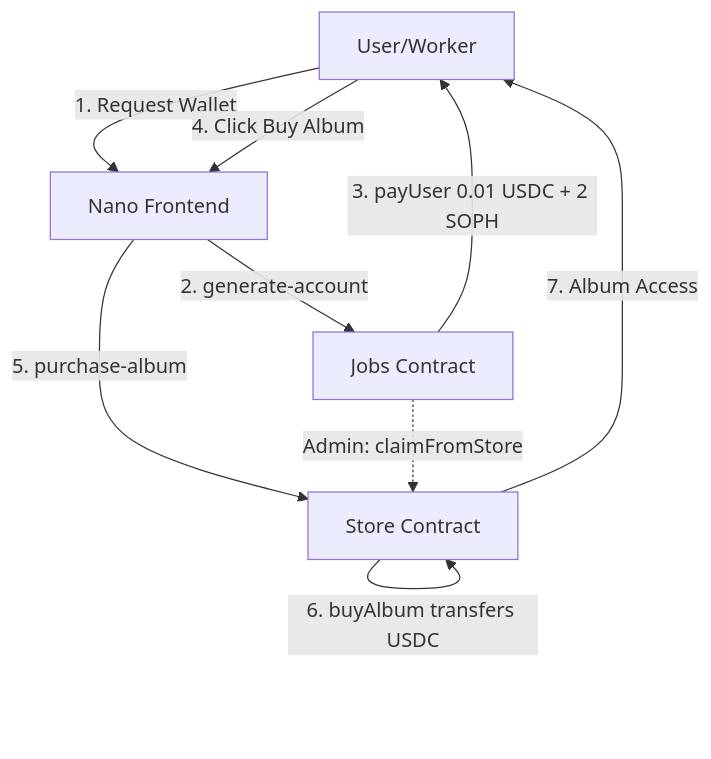
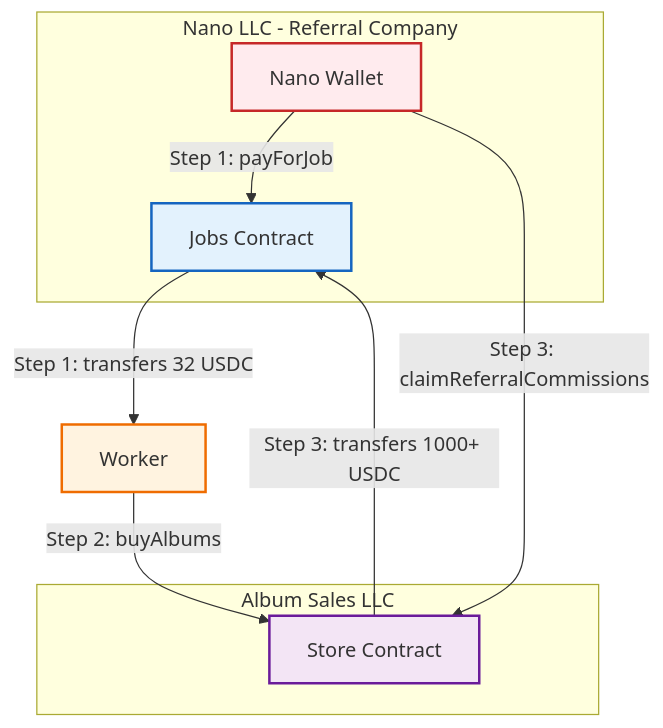
Before and after one commit to rowhq/hitmachine: the diagram in README.md, drawn with Mermaid. The commit also changed other lines of this file, not shown here.

First line of the commit message:
Update README with simplified flow diagram

````diff
--- a/README.md
+++ b/README.md
@@ -7,16 +5,24 @@
 ```mermaid
-graph TD
-    User[User/Worker]
-    Nano[Nano Frontend]
-    Jobs[Jobs Contract]
-    Store[Store Contract]
+flowchart TB
+    subgraph NanoLLC[Nano LLC - Referral Company]
+        NanoWallet[Nano Wallet]
+        JobsContract[Jobs Contract]
+    end
     
-    User -->|1. Request Wallet| Nano
-    Nano -->|2. generate-account| Jobs
-    Jobs -->|3. payUser 0.01 USDC + 2 SOPH| User
-    User -->|4. Click Buy Album| Nano
-    Nano -->|5. purchase-album| Store
-    Store -->|6. buyAlbum transfers USDC| Store
-    Store -->|7. Album Access| User
-    Jobs -.->|Admin: claimFromStore| Store
+    subgraph AlbumSalesLLC[Album Sales LLC]
+        StoreContract[Store Contract]
+    end
+    
+    Worker[Worker]
+    
+    NanoWallet -->|Step 1: payForJob| JobsContract
+    JobsContract -->|Step 1: transfers 32 USDC| Worker
+    Worker -->|Step 2: buyAlbums| StoreContract
+    NanoWallet -->|Step 3: claimReferralCommissions| StoreContract
+    StoreContract -->|Step 3: transfers 1000+ USDC| JobsContract
+    
+    style NanoWallet fill:#ffebee,stroke:#c62828,stroke-width:2px
+    style JobsContract fill:#e3f2fd,stroke:#1565c0,stroke-width:2px
+    style Worker fill:#fff3e0,stroke:#ef6c00,stroke-width:2px
+    style StoreContract fill:#f3e5f5,stroke:#6a1b9a,stroke-width:2px
 ```
````
